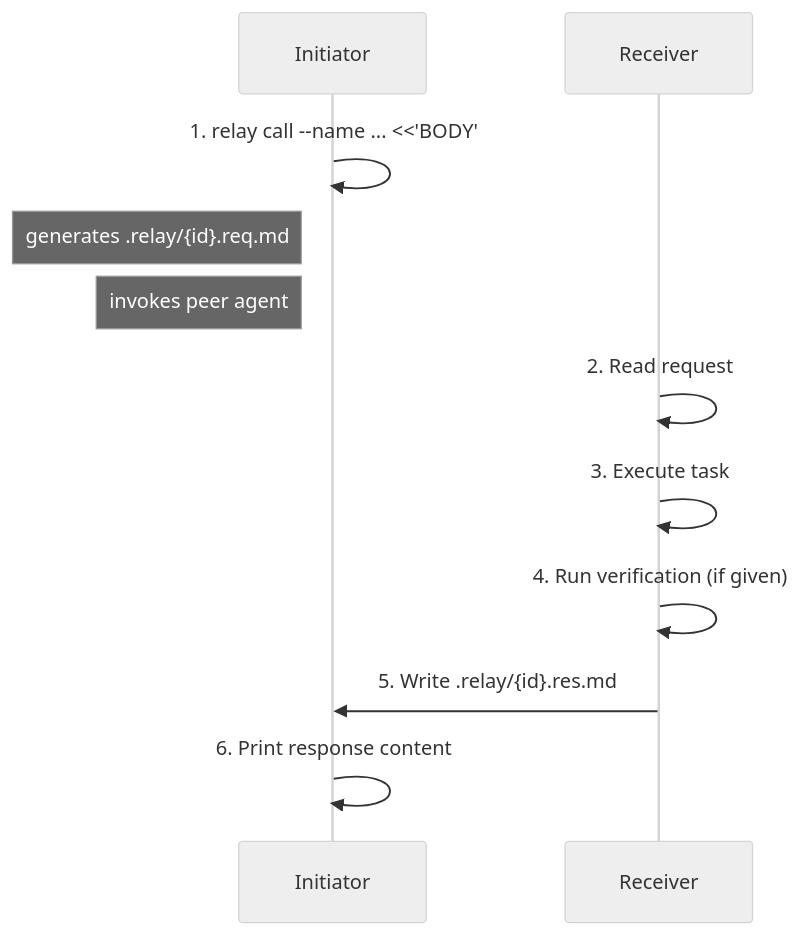
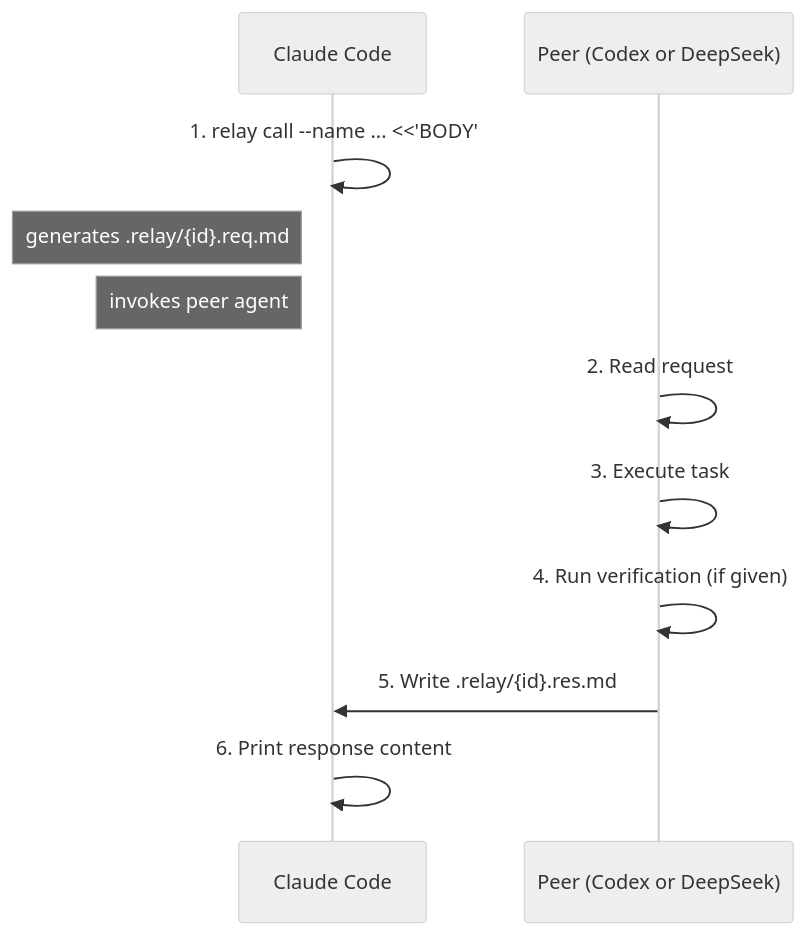
The diagram in agents/extensions/skills/relay/README.md (chrisliu298/dotfiles), drawn with Mermaid (neutral theme) before and after one commit. The commit also changed other lines of this file and 12 other files, not shown here.

First line of the commit message:
deepseek: integrate as relay peer and prism parallax tier

````diff
--- a/agents/extensions/skills/relay/README.md
+++ b/agents/extensions/skills/relay/README.md
@@ -88,14 +88,14 @@
 ```mermaid
 sequenceDiagram
-    participant I as Initiator
-    participant R as Receiver
+    participant C as Claude Code
+    participant P as Peer (Codex or DeepSeek)
 
-    I->>I: 1. relay call --name ... <<'BODY'
-    Note left of I: generates .relay/{id}.req.md
-    Note left of I: invokes peer agent
-    R->>R: 2. Read request
-    R->>R: 3. Execute task
-    R->>R: 4. Run verification (if given)
-    R->>I: 5. Write .relay/{id}.res.md
-    I->>I: 6. Print response content
+    C->>C: 1. relay call --name ... <<'BODY'
+    Note left of C: generates .relay/{id}.req.md
+    Note left of C: invokes peer agent
+    P->>P: 2. Read request
+    P->>P: 3. Execute task
+    P->>P: 4. Run verification (if given)
+    P->>C: 5. Write .relay/{id}.res.md
+    C->>C: 6. Print response content
 ```
````
